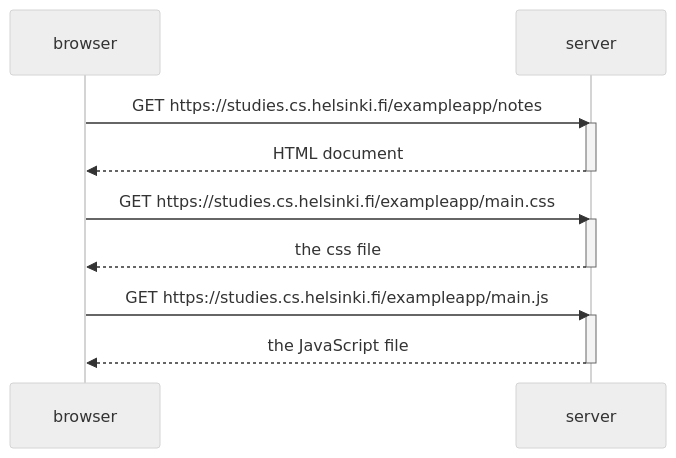
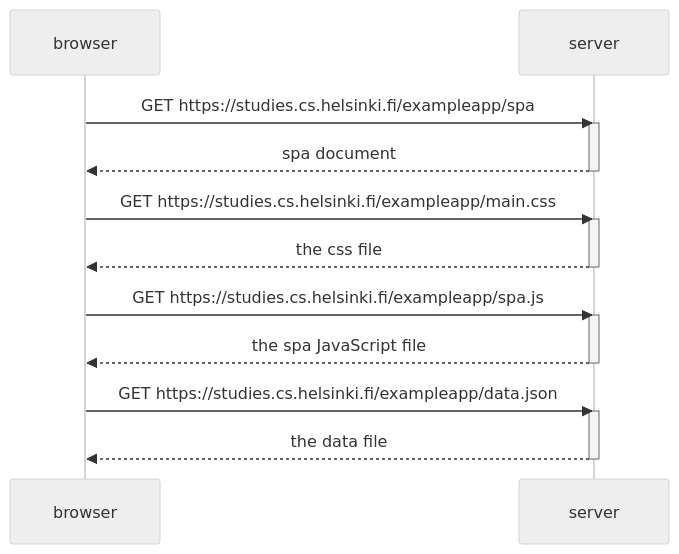
One commit to RachitReserk/Fullstack changed the diagram in part0/exercise 0.5.md. Above: the diagram before and after it, drawn with Mermaid (neutral theme).

Commit message:
Update exercise 0.5.md

````diff
--- a/part0/exercise 0.5.md
+++ b/part0/exercise 0.5.md
@@ -1,22 +1,27 @@
 ```mermaid
 
 sequenceDiagram
     participant browser
     participant server
 
-    browser->>server: GET https://studies.cs.helsinki.fi/exampleapp/notes
+    browser->>server: GET https://studies.cs.helsinki.fi/exampleapp/spa
     activate server
-    server-->>browser: HTML document
+    server-->>browser: spa document
     deactivate server
 
     browser->>server: GET https://studies.cs.helsinki.fi/exampleapp/main.css
     activate server
     server-->>browser: the css file
     deactivate server
 
-    browser->>server: GET https://studies.cs.helsinki.fi/exampleapp/main.js
+    browser->>server: GET https://studies.cs.helsinki.fi/exampleapp/spa.js
     activate server
-    server-->>browser: the JavaScript file
+    server-->>browser: the spa JavaScript file
+    deactivate server
+
+    browser->>server: GET https://studies.cs.helsinki.fi/exampleapp/data.json
+    activate server
+    server-->>browser: the data file
     deactivate server
 
 ```
````
